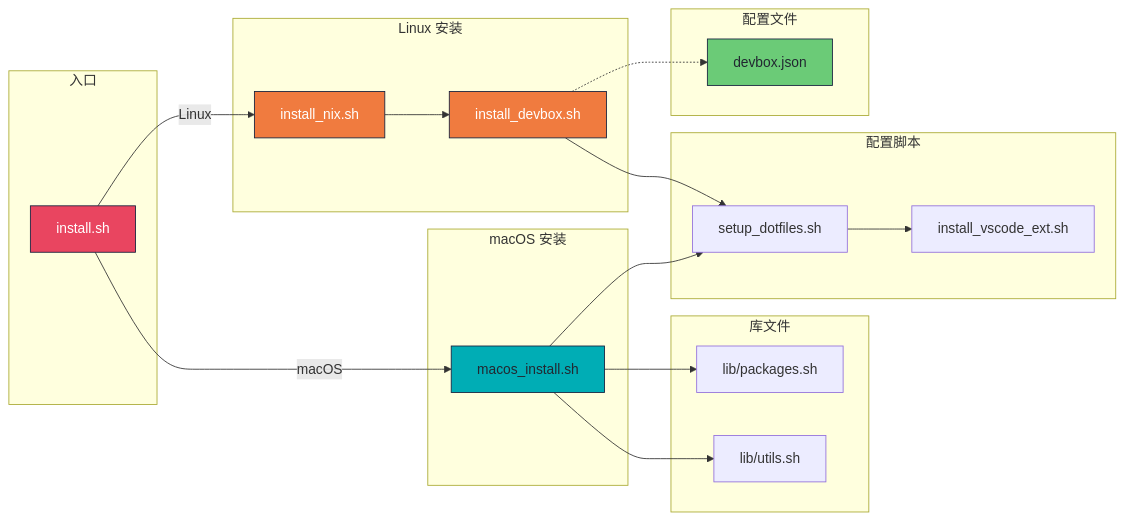
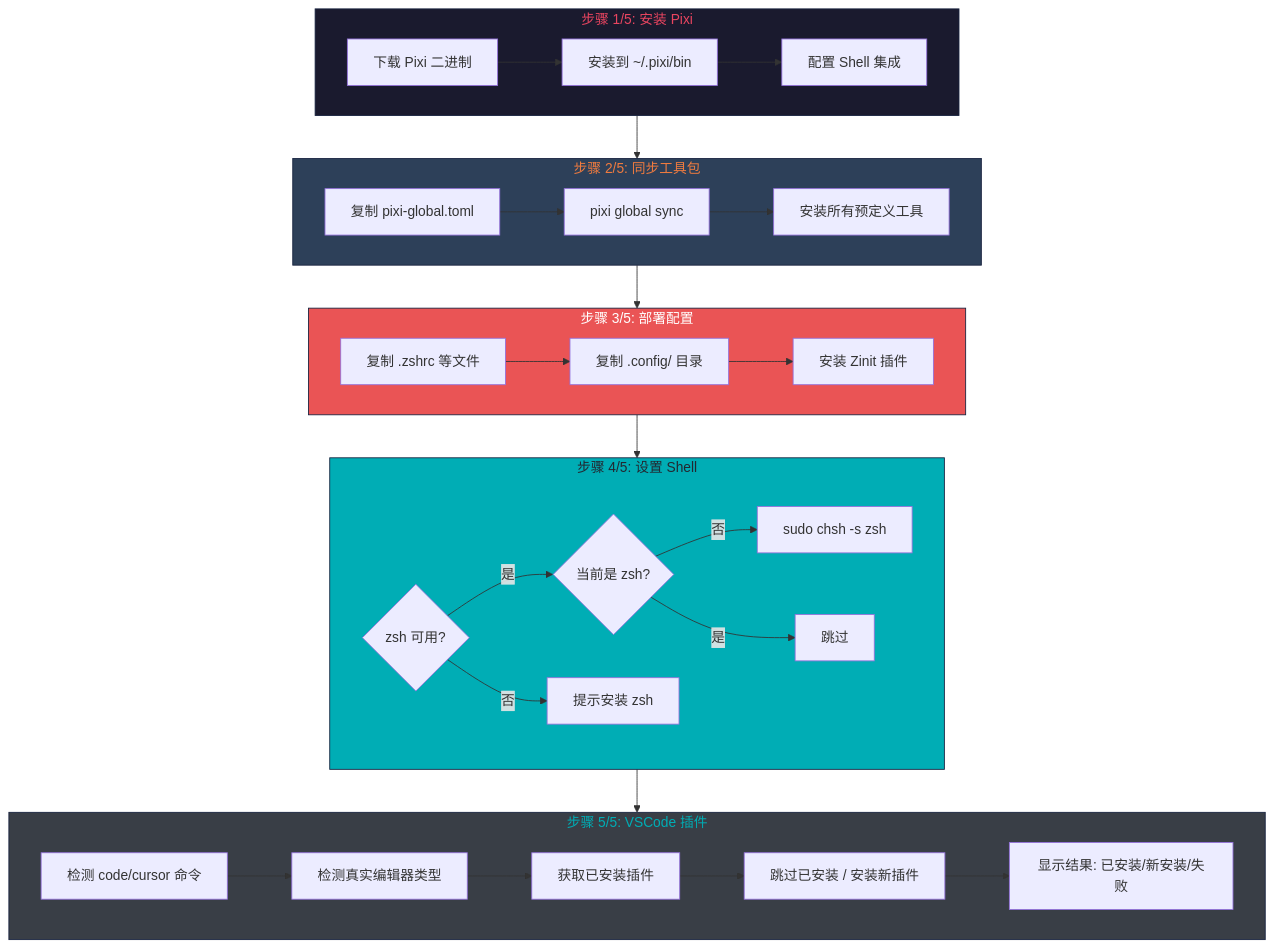
The second of 5 diagrams in docs/flowchart.md (Learner-Geek-Perfectionist/Dotfiles), drawn with Mermaid before and after one commit. The commit also changed other lines of this file and 1 other file, not shown here.

````diff
--- a/docs/flowchart.md
+++ b/docs/flowchart.md
@@ -66,44 +60,39 @@
 ```mermaid
-graph LR
-    subgraph 入口
-        A[install.sh]
+flowchart TB
+    subgraph Step1["步骤 1/5: 安装 Pixi"]
+        A1[下载 Pixi 二进制] --> A2[安装到 ~/.pixi/bin]
+        A2 --> A3[配置 Shell 集成]
     end
 
-    subgraph Linux 安装
-        B1[install_nix.sh]
-        B2[install_devbox.sh]
+    subgraph Step2["步骤 2/5: 同步工具包"]
+        B1[复制 pixi-global.toml] --> B2[pixi global sync]
+        B2 --> B3[安装所有预定义工具]
     end
 
-    subgraph macOS 安装
-        C1[macos_install.sh]
+    subgraph Step3["步骤 3/5: 部署配置"]
+        C1[复制 .zshrc 等文件] --> C2[复制 .config/ 目录]
+        C2 --> C3[安装 Zinit 插件]
     end
 
-    subgraph 库文件
-        D1[lib/packages.sh]
-        D2[lib/utils.sh]
+    subgraph Step4["步骤 4/5: 设置 Shell"]
+        D1{zsh 可用?} -->|是| D2{当前是 zsh?}
+        D2 -->|否| D3[sudo chsh -s zsh]
+        D2 -->|是| D4[跳过]
+        D1 -->|否| D5[提示安装 zsh]
     end
 
-    subgraph 配置脚本
-        E1[setup_dotfiles.sh]
-        E2[install_vscode_ext.sh]
+    subgraph Step5["步骤 5/5: VSCode 插件"]
+        E1[检测 code/cursor 命令] --> E2[检测真实编辑器类型]
+        E2 --> E3[获取已安装插件]
+        E3 --> E4[跳过已安装 / 安装新插件]
+        E4 --> E5[显示结果: 已安装/新安装/失败]
     end
 
-    subgraph 配置文件
-        F1[devbox.json]
-    end
+    Step1 --> Step2 --> Step3 --> Step4 --> Step5
 
-    A -->|Linux| B1
-    B1 --> B2
-    B2 --> E1
-    A -->|macOS| C1
-    C1 --> D1 & D2
-    C1 --> E1
-    E1 --> E2
-    B2 -.-> F1
-
-    style A fill:#e94560,stroke:#16213e,color:#fff
-    style B1 fill:#f07b3f,stroke:#16213e,color:#fff
-    style B2 fill:#f07b3f,stroke:#16213e,color:#fff
-    style C1 fill:#00adb5,stroke:#16213e,color:#222831
-    style F1 fill:#6bcb77,stroke:#16213e,color:#222831
+    style Step1 fill:#1a1a2e,stroke:#16213e,color:#e94560
+    style Step2 fill:#2d4059,stroke:#16213e,color:#f07b3f
+    style Step3 fill:#ea5455,stroke:#16213e,color:#fff
+    style Step4 fill:#00adb5,stroke:#16213e,color:#222831
+    style Step5 fill:#393e46,stroke:#16213e,color:#00adb5
 ```
````
